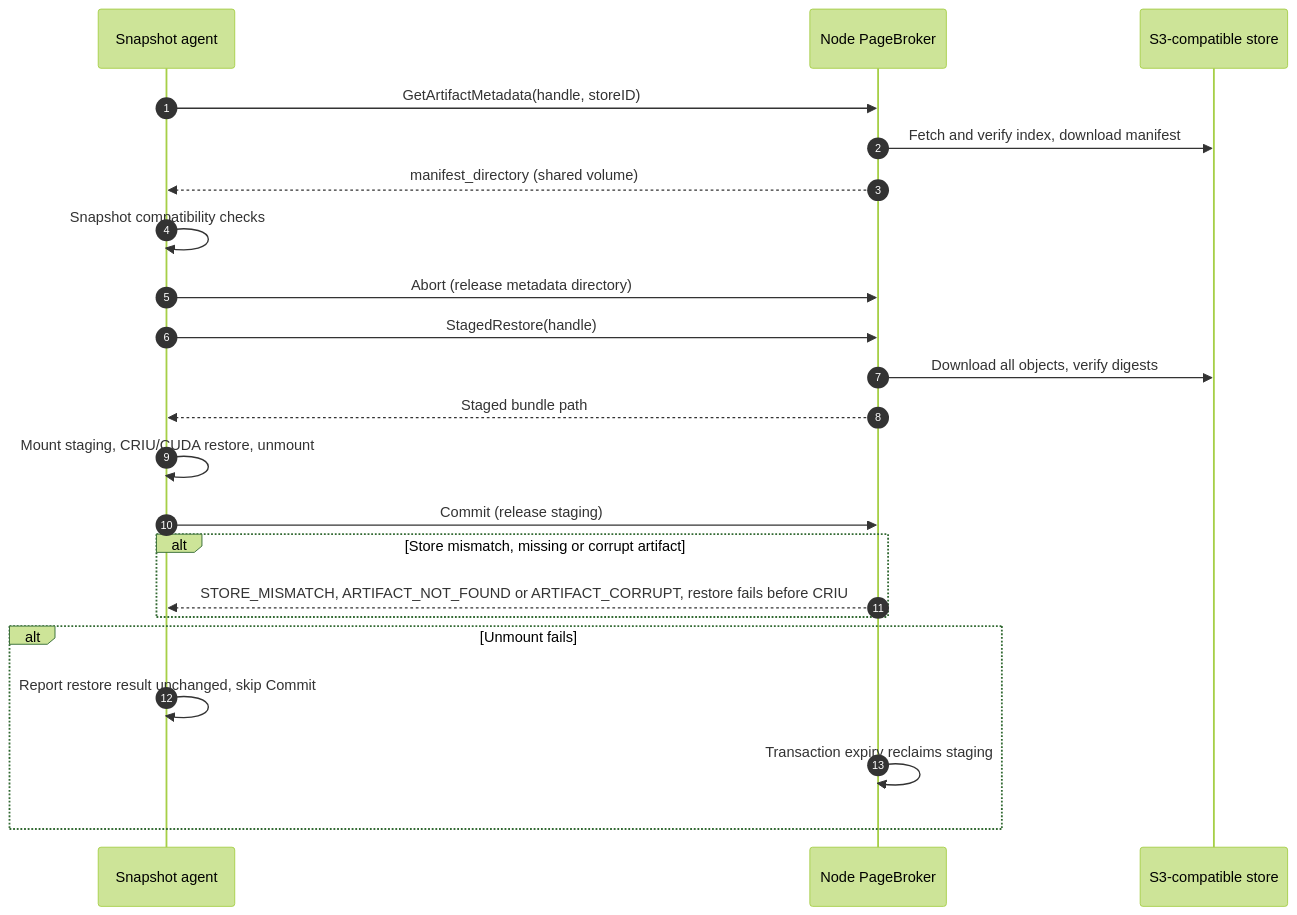
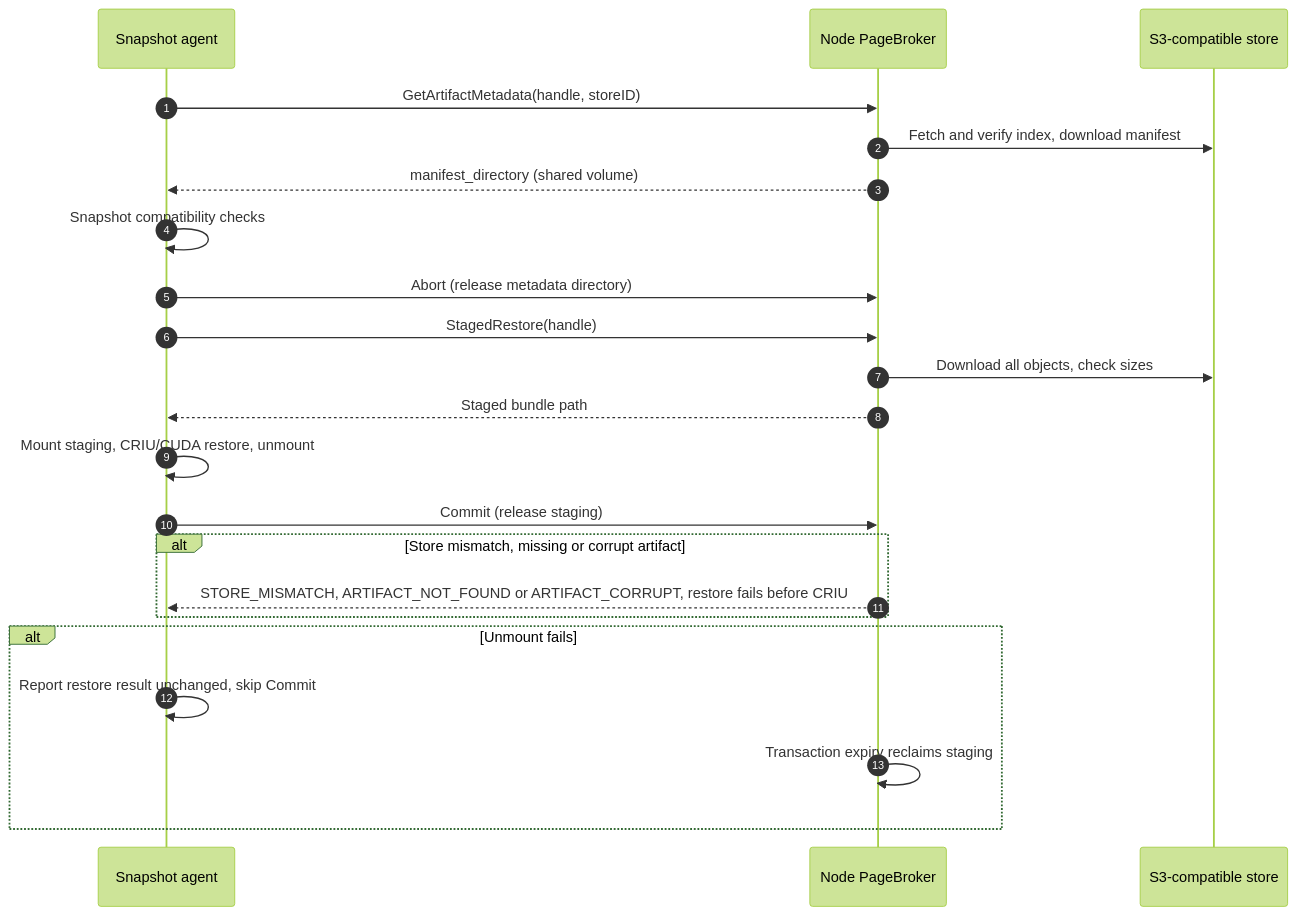
Before and after one commit to ai-dynamo/snapshot: the third of 4 diagrams in docs/proposals/237-s3-storage/README.md, drawn with Mermaid (forest theme). The commit also changed other lines of this file and 33 other files, not shown here.

````diff
--- a/docs/proposals/237-s3-storage/README.md
+++ b/docs/proposals/237-s3-storage/README.md
@@ -149,24 +149,24 @@
 ```mermaid
 sequenceDiagram
     autonumber
     participant Agent as Snapshot agent
     participant PB as Node PageBroker
     participant S3 as S3-compatible store
     Agent->>PB: GetArtifactMetadata(handle, storeID)
     PB->>S3: Fetch and verify index, download manifest
     PB-->>Agent: manifest_directory (shared volume)
     Agent->>Agent: Snapshot compatibility checks
     Agent->>PB: Abort (release metadata directory)
     Agent->>PB: StagedRestore(handle)
-    PB->>S3: Download all objects, verify digests
+    PB->>S3: Download all objects, check sizes
     PB-->>Agent: Staged bundle path
     Agent->>Agent: Mount staging, CRIU/CUDA restore, unmount
     Agent->>PB: Commit (release staging)
     alt Store mismatch, missing or corrupt artifact
         PB-->>Agent: STORE_MISMATCH, ARTIFACT_NOT_FOUND or ARTIFACT_CORRUPT, restore fails before CRIU
     end
     alt Unmount fails
         Agent->>Agent: Report restore result unchanged, skip Commit
         PB->>PB: Transaction expiry reclaims staging
     end
 ```
````
